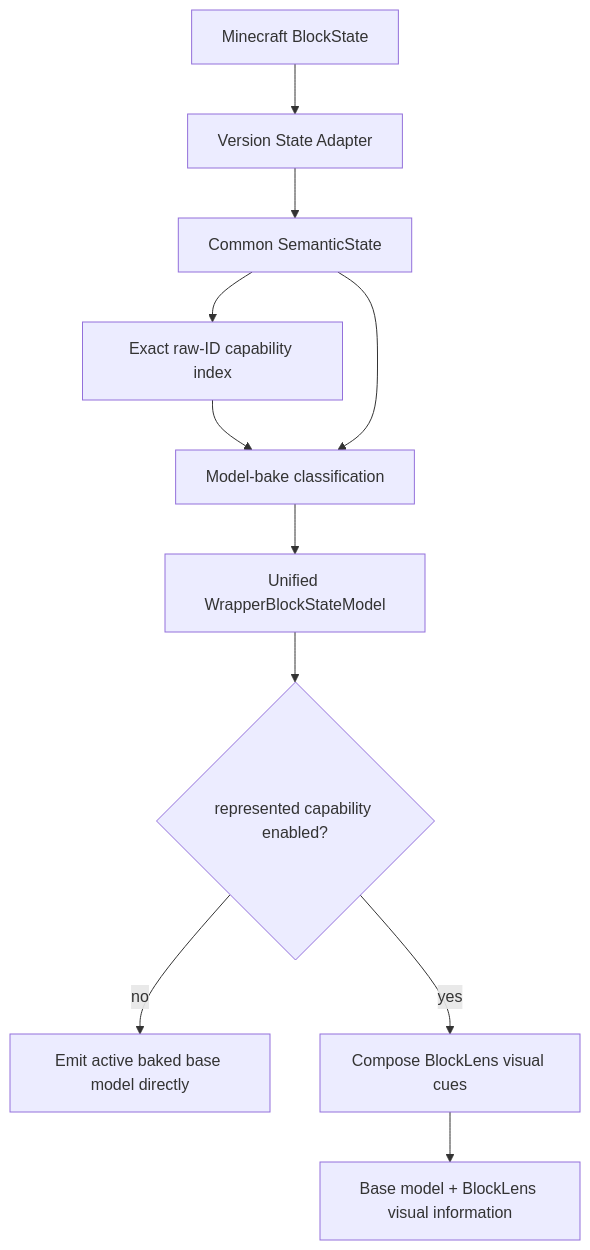
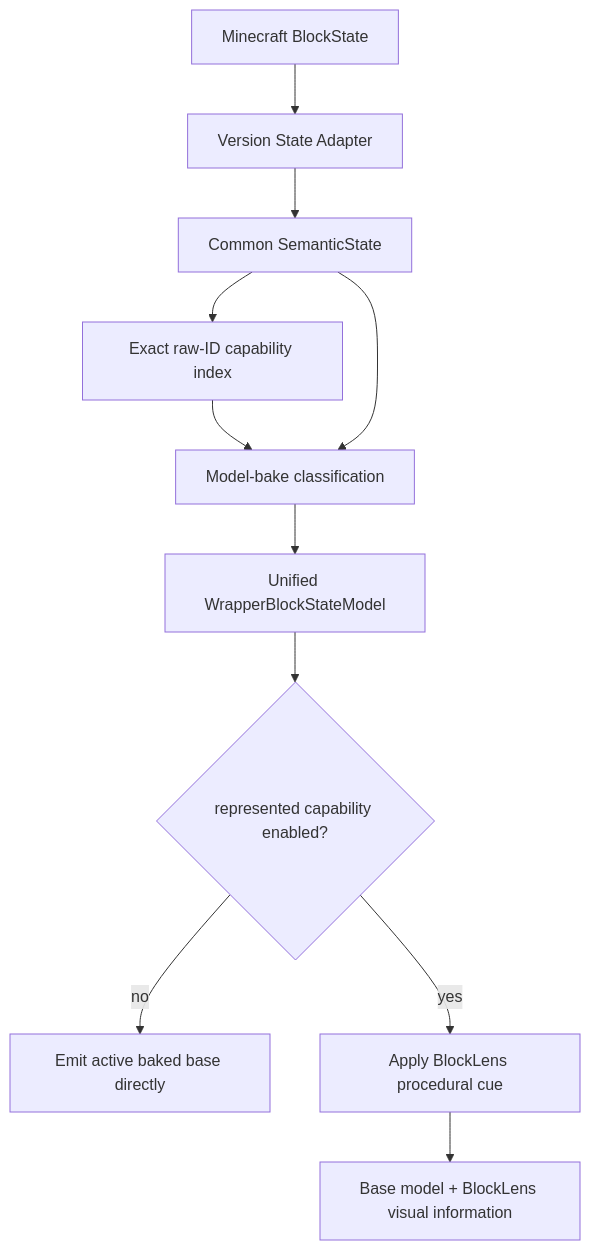
The second of 4 diagrams in README.md (bosatsu25/BlockLens), drawn with Mermaid before and after one commit. The commit also changed other lines of this file, not shown here.

````diff
--- a/README.md
+++ b/README.md
@@ -53,13 +77,13 @@
 ```mermaid
 flowchart TD
     MC[Minecraft BlockState] --> VA[Version State Adapter]
     VA --> SS[Common SemanticState]
     SS --> IDX[Exact raw-ID capability index]
-    IDX --> BM[Model-bake classification]
-    SS --> BM
-    BM --> WRAP[Unified WrapperBlockStateModel]
-    WRAP --> Q{represented capability enabled?}
-    Q -- no --> BASE[Emit active baked base model directly]
-    Q -- yes --> CUES[Compose BlockLens visual cues]
-    CUES --> OUT[Base model + BlockLens visual information]
+    IDX --> BAKE[Model-bake classification]
+    SS --> BAKE
+    BAKE --> WRAP[Unified WrapperBlockStateModel]
+    WRAP --> MASK{represented capability enabled?}
+    MASK -- no --> BASE[Emit active baked base directly]
+    MASK -- yes --> CUE[Apply BlockLens procedural cue]
+    CUE --> OUT[Base model + BlockLens visual information]
 ```
````
